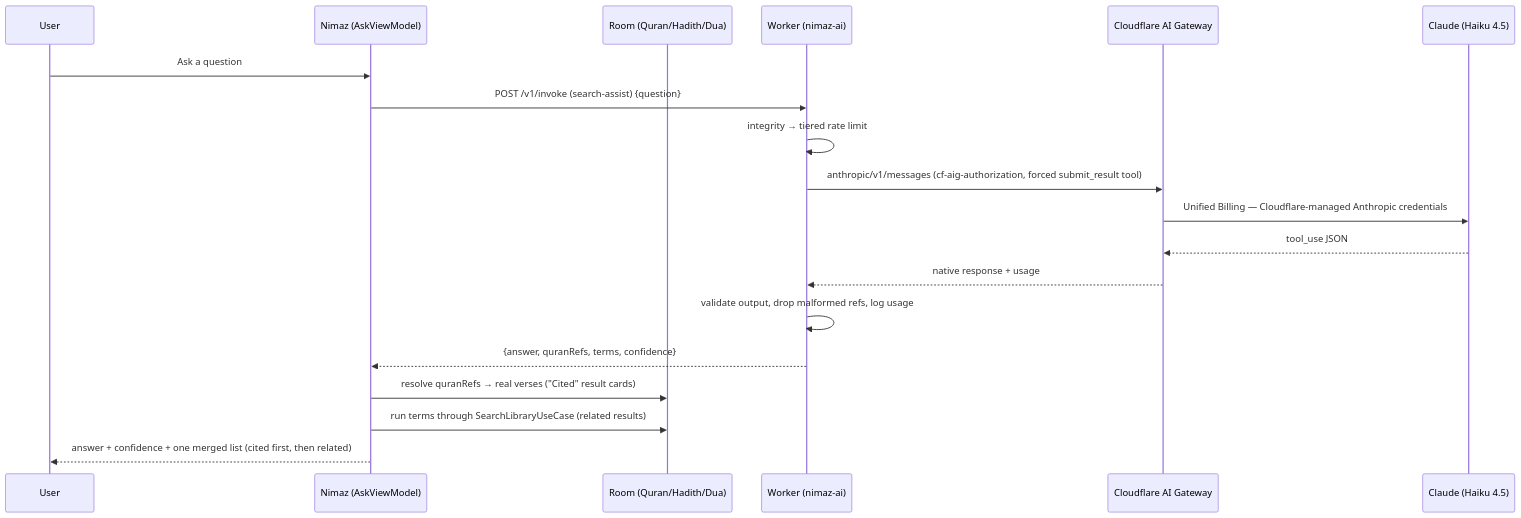
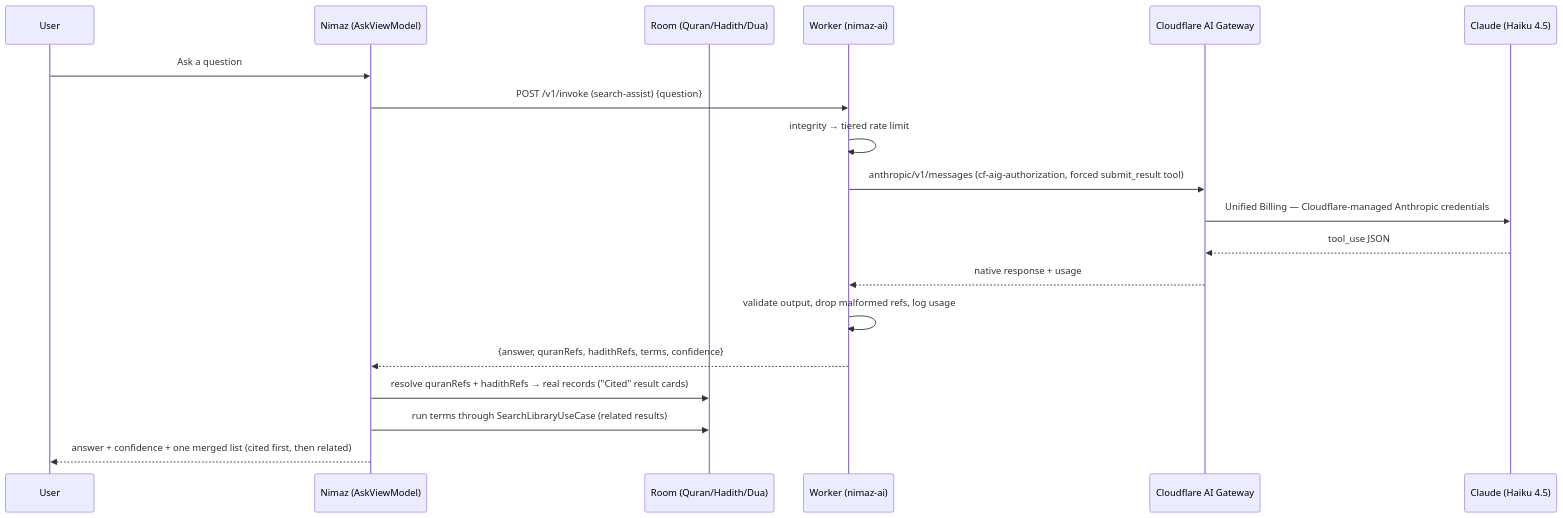
One commit to arshad-shah/Nimaz changed the diagram in docs/ai-ask-with-proof.md. Above: the diagram before and after it, drawn with Mermaid. The commit also changed other lines of this file and 26 other files, not shown here.

````diff
--- a/docs/ai-ask-with-proof.md
+++ b/docs/ai-ask-with-proof.md
@@ -40,22 +44,22 @@
 ```mermaid
 sequenceDiagram
     participant U as User
     participant App as Nimaz (AskViewModel)
     participant Room as Room (Quran/Hadith/Dua)
     participant W as Worker (nimaz-ai)
     participant GW as Cloudflare AI Gateway
     participant C as Claude (Haiku 4.5)
 
     U->>App: Ask a question
     App->>W: POST /v1/invoke (search-assist) {question}
     W->>W: integrity → tiered rate limit
     W->>GW: anthropic/v1/messages (cf-aig-authorization, forced submit_result tool)
     GW->>C: Unified Billing — Cloudflare-managed Anthropic credentials
     C-->>GW: tool_use JSON
     GW-->>W: native response + usage
     W->>W: validate output, drop malformed refs, log usage
-    W-->>App: {answer, quranRefs, terms, confidence}
-    App->>Room: resolve quranRefs → real verses ("Cited" result cards)
+    W-->>App: {answer, quranRefs, hadithRefs, terms, confidence}
+    App->>Room: resolve quranRefs + hadithRefs → real records ("Cited" result cards)
     App->>Room: run terms through SearchLibraryUseCase (related results)
     App-->>U: answer + confidence + one merged list (cited first, then related)
 ```
````
